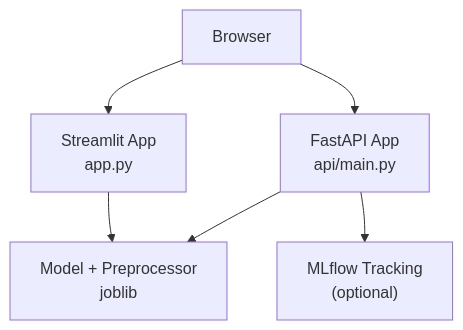
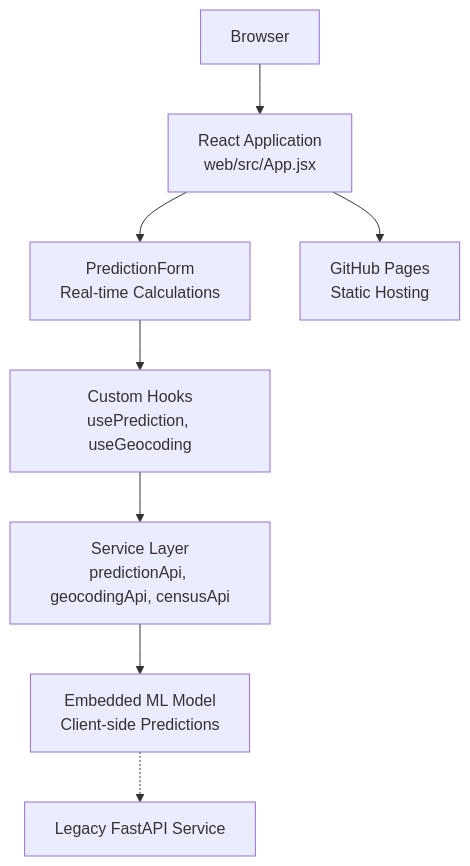
The second of 5 diagrams in .qoder/repowiki/en/content/Web Application.md (tashkirrr/housing-price-prediction), drawn with Mermaid before and after one commit. The commit also changed other lines of this file and 7 other files, not shown here.

First line of the commit message:
feat(web): replace Streamlit app with React + Vite + TailwindCSS implementation

````diff
--- a/.qoder/repowiki/en/content/Web Application.md
+++ b/.qoder/repowiki/en/content/Web Application.md
@@ -101,13 +134,17 @@
 ```mermaid
 graph TB
 Browser["Browser"]
-Streamlit["Streamlit App<br/>app.py"]
-FastAPI["FastAPI App<br/>api/main.py"]
-Model["Model + Preprocessor<br/>joblib"]
-MLflow["MLflow Tracking<br/>(optional)"]
-Browser --> Streamlit
-Browser --> FastAPI
-Streamlit --> Model
-FastAPI --> Model
-FastAPI --> MLflow
+ReactApp["React Application<br/>web/src/App.jsx"]
+PredictionForm["PredictionForm<br/>Real-time Calculations"]
+CustomHooks["Custom Hooks<br/>usePrediction, useGeocoding"]
+Services["Service Layer<br/>predictionApi, geocodingApi, censusApi"]
+EmbeddedModel["Embedded ML Model<br/>Client-side Predictions"]
+GitHubPages["GitHub Pages<br/>Static Hosting"]
+Browser --> ReactApp
+ReactApp --> PredictionForm
+PredictionForm --> CustomHooks
+CustomHooks --> Services
+Services --> EmbeddedModel
+ReactApp --> GitHubPages
+EmbeddedModel -.-> APIApp["Legacy FastAPI Service"]
 ```
````
